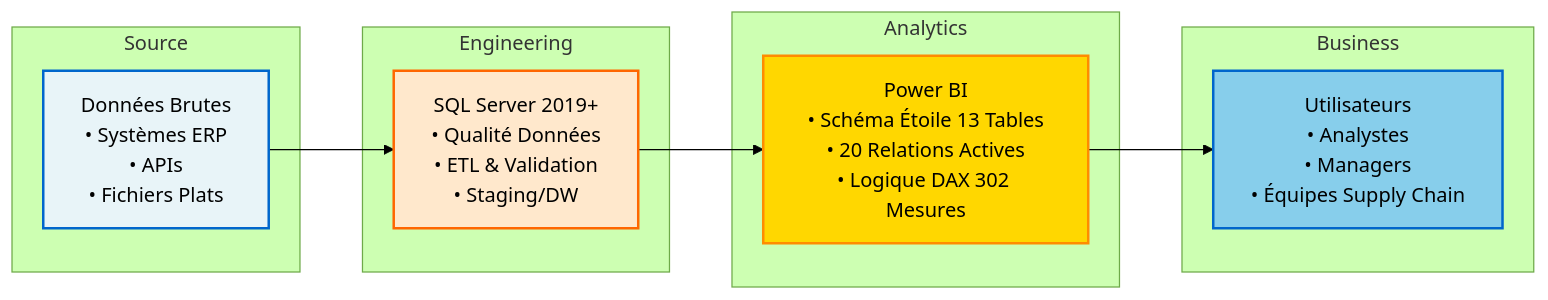
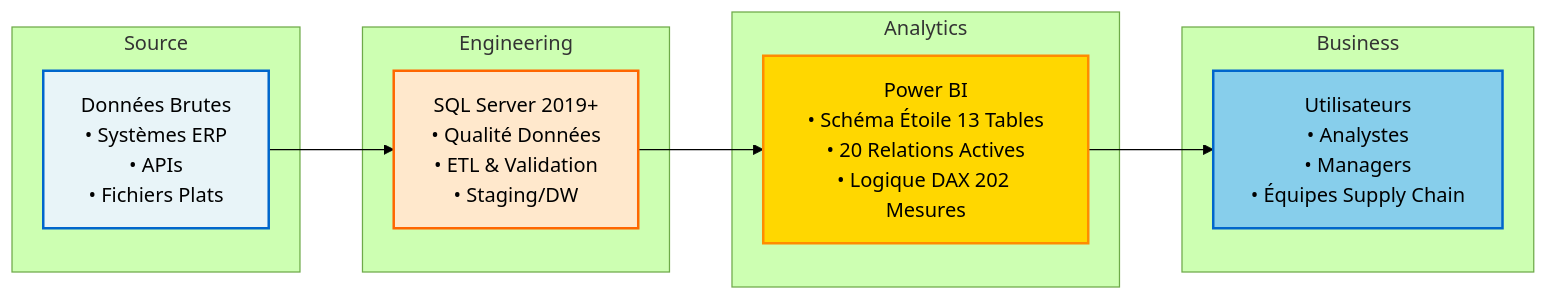
The diagram in README [FR].md (Data-Marc/pharma-logistics-bi), drawn with Mermaid (forest theme) before and after one commit. The commit also changed other lines of this file and 5 other files, not shown here.

````diff
--- a/README [FR].md
+++ b/README [FR].md
@@ -43,27 +43,27 @@
 ```mermaid
 graph LR
     subgraph "Source"
     A["Données Brutes<br/>• Systèmes ERP<br/>• APIs<br/>• Fichiers Plats"]
     end
     
     subgraph "Engineering"
     B["SQL Server 2019+<br/>• Qualité Données<br/>• ETL & Validation<br/>• Staging/DW"]
     end
     
     subgraph "Analytics"
-    C["Power BI<br/>• Schéma Étoile 13 Tables<br/>• 20 Relations Actives<br/>• Logique DAX 302 Mesures"]
+    C["Power BI<br/>• Schéma Étoile 13 Tables<br/>• 20 Relations Actives<br/>• Logique DAX 202 Mesures"]
     end
     
     subgraph "Business"
     D["Utilisateurs<br/>• Analystes<br/>• Managers<br/>• Équipes Supply Chain"]
     end
 
     A --> B
     B --> C
     C --> D
     
     style A fill:#e8f4f8,stroke:#0066cc,stroke-width:2px,color:#000
     style B fill:#ffe8cc,stroke:#ff6600,stroke-width:2px,color:#000
     style C fill:#ffd700,stroke:#ff8c00,stroke-width:2px,color:#000
     style D fill:#87ceeb,stroke:#0066cc,stroke-width:2px,color:#000
 ```
````
